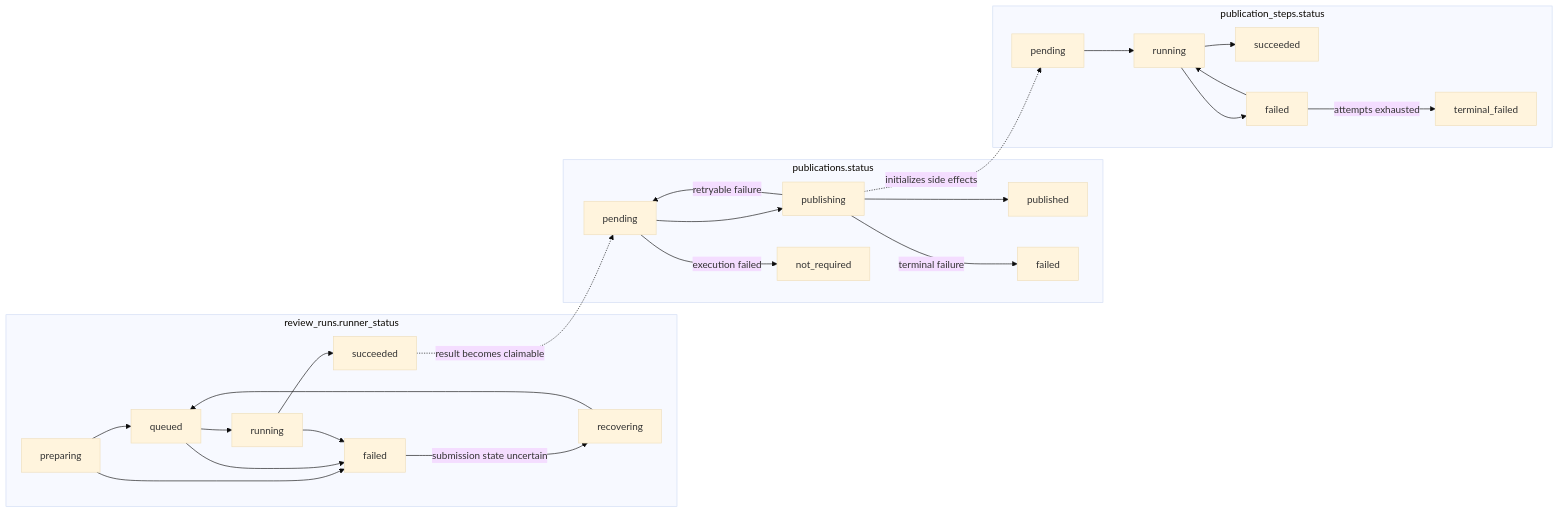
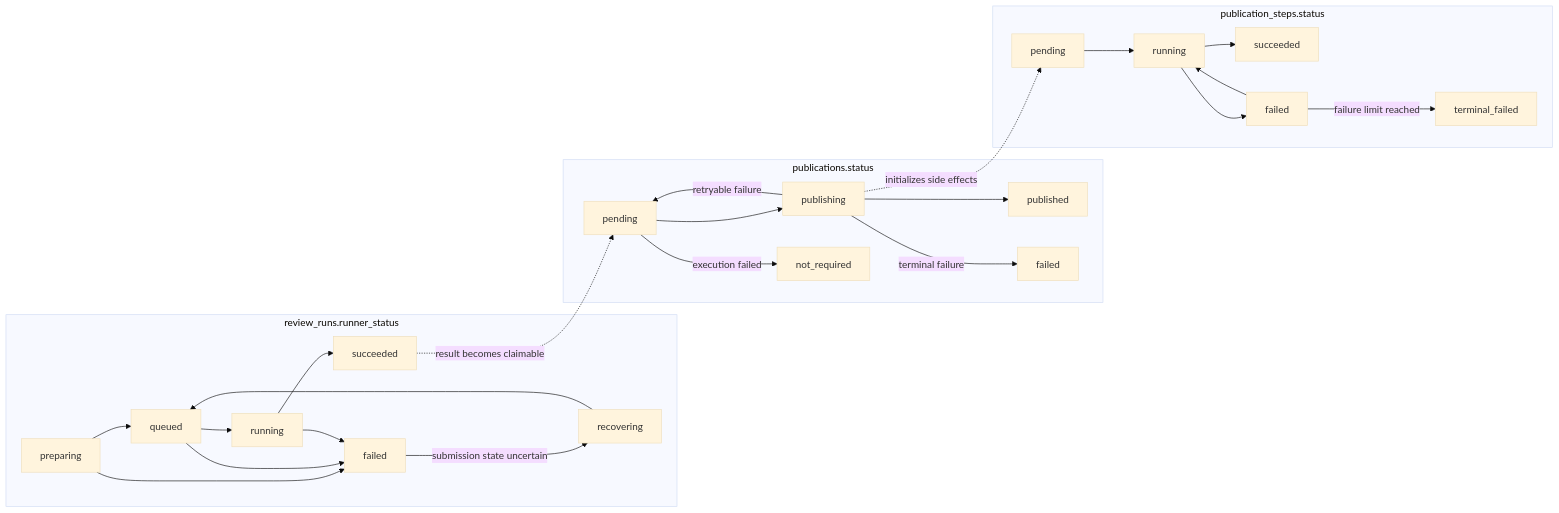
The second of 2 diagrams in control-plane/README.md (Agent-AI-Chalmers/sec-review-bot), drawn with Mermaid (base theme) before and after one commit. The commit also changed other lines of this file and 12 other files, not shown here.

````diff
--- a/control-plane/README.md
+++ b/control-plane/README.md
@@ -50,27 +50,27 @@
 ```mermaid
 flowchart LR
   subgraph runner[review_runs.runner_status]
     preparing --> queued --> running --> runnersucceeded[succeeded]
     preparing --> failed
     failed -->|submission state uncertain| recovering --> queued
     queued --> failed
     running --> failed
   end
 
   subgraph publication[publications.status]
     pending --> publishing --> published
     publishing -->|retryable failure| pending
     publishing -->|terminal failure| pubfailed[failed]
     pending -->|execution failed| notrequired[not_required]
   end
 
   subgraph steps[publication_steps.status]
     steppending[pending] --> runningstep[running] --> succeeded
     runningstep --> stepfailed[failed]
     stepfailed --> runningstep
-    stepfailed -->|attempts exhausted| terminalfailed[terminal_failed]
+    stepfailed -->|failure limit reached| terminalfailed[terminal_failed]
   end
 
   runnersucceeded -.->|result becomes claimable| pending
   publishing -.->|initializes side effects| steppending
 ```
````
